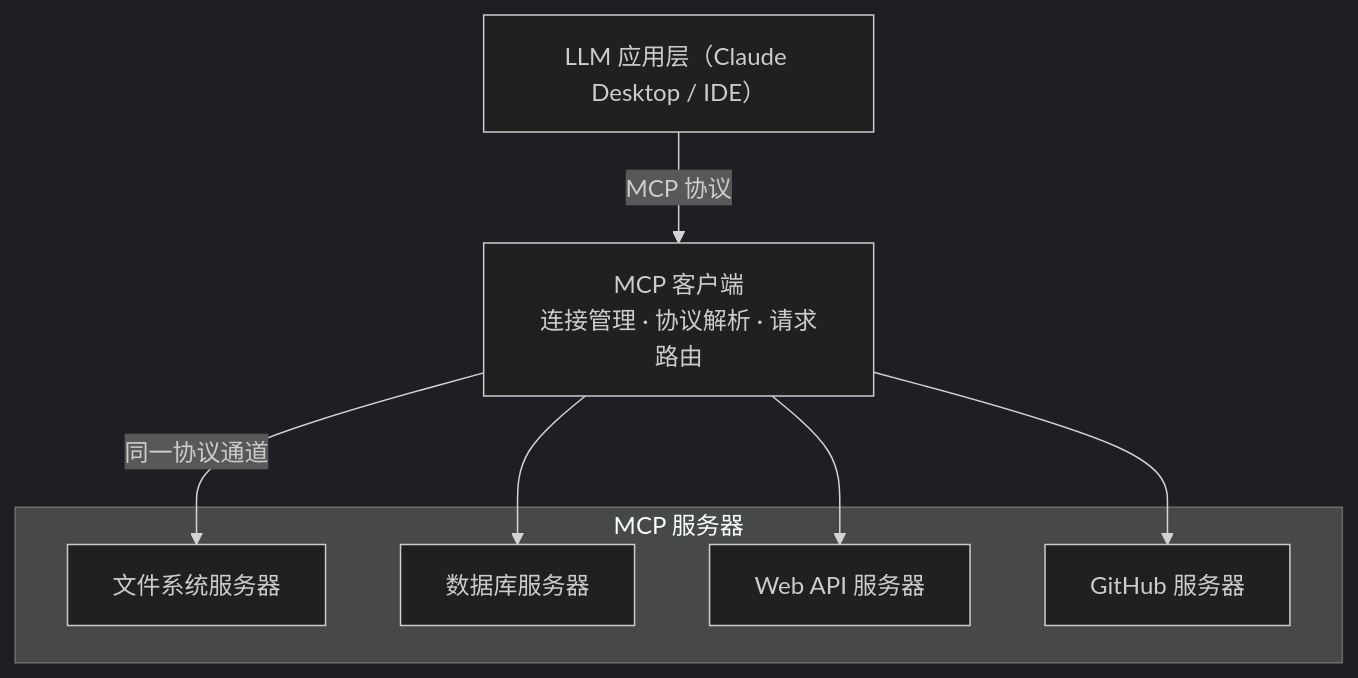
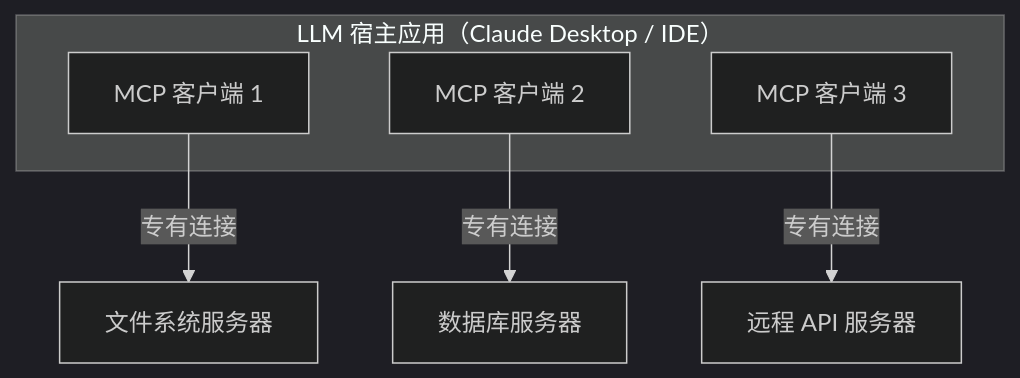
One commit to A1pha3/text-matrix changed the diagram in content/posts/tech/ai-agent/anthropic-claude-api-mcp.md. Above: the diagram before and after it, drawn with Mermaid (dark theme). The commit also changed other lines of this file and 227 other files, not shown here.

````diff
--- a/content/posts/tech/ai-agent/anthropic-claude-api-mcp.md
+++ b/content/posts/tech/ai-agent/anthropic-claude-api-mcp.md
@@ -108,16 +113,14 @@
 ```mermaid
 flowchart TB
-    App["LLM 应用层（Claude Desktop / IDE）"]
-    Client["MCP 客户端<br/>连接管理 · 协议解析 · 请求路由"]
-    subgraph Servers["MCP 服务器"]
-        FS["文件系统服务器"]
-        DB["数据库服务器"]
-        API["Web API 服务器"]
-        GH["GitHub 服务器"]
+    subgraph Host["LLM 宿主应用（Claude Desktop / IDE）"]
+        C1["MCP 客户端 1"]
+        C2["MCP 客户端 2"]
+        C3["MCP 客户端 3"]
     end
-    App -- MCP 协议 --> Client
-    Client -- 同一协议通道 --> FS
-    Client --> DB
-    Client --> API
-    Client --> GH
+    FS["文件系统服务器"]
+    DB["数据库服务器"]
+    API["远程 API 服务器"]
+    C1 -- 专有连接 --> FS
+    C2 -- 专有连接 --> DB
+    C3 -- 专有连接 --> API
 ```
````
